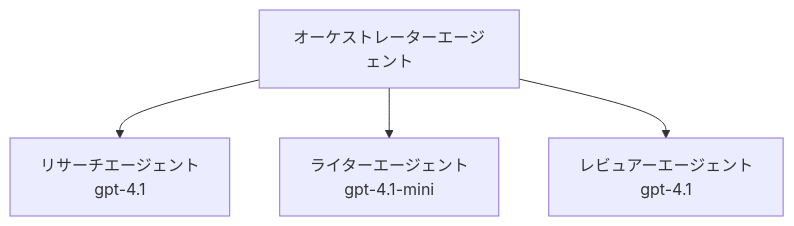
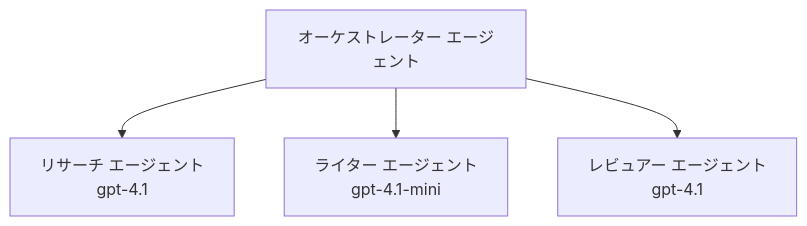
One commit to microsoft/AZD-for-beginners changed the third of 3 diagrams in translations/ja/docs/chapter-02-ai-development/agents.md. Above: the diagram before and after it, drawn with Mermaid. The commit also changed other lines of this file and 104 other files, not shown here.

````diff
--- a/translations/ja/docs/chapter-02-ai-development/agents.md
+++ b/translations/ja/docs/chapter-02-ai-development/agents.md
@@ -194,6 +201,6 @@
 ```mermaid
 graph TD
-    Orchestrator[オーケストレーターエージェント] --> Research[リサーチエージェント<br/>gpt-4.1]
-    Orchestrator --> Writer[ライターエージェント<br/>gpt-4.1-mini]
-    Orchestrator --> Reviewer[レビュアーエージェント<br/>gpt-4.1]
+    Orchestrator[オーケストレーター エージェント] --> Research[リサーチ エージェント<br/>gpt-4.1]
+    Orchestrator --> Writer[ライター エージェント<br/>gpt-4.1-mini]
+    Orchestrator --> Reviewer[レビュアー エージェント<br/>gpt-4.1]
 ```
````
